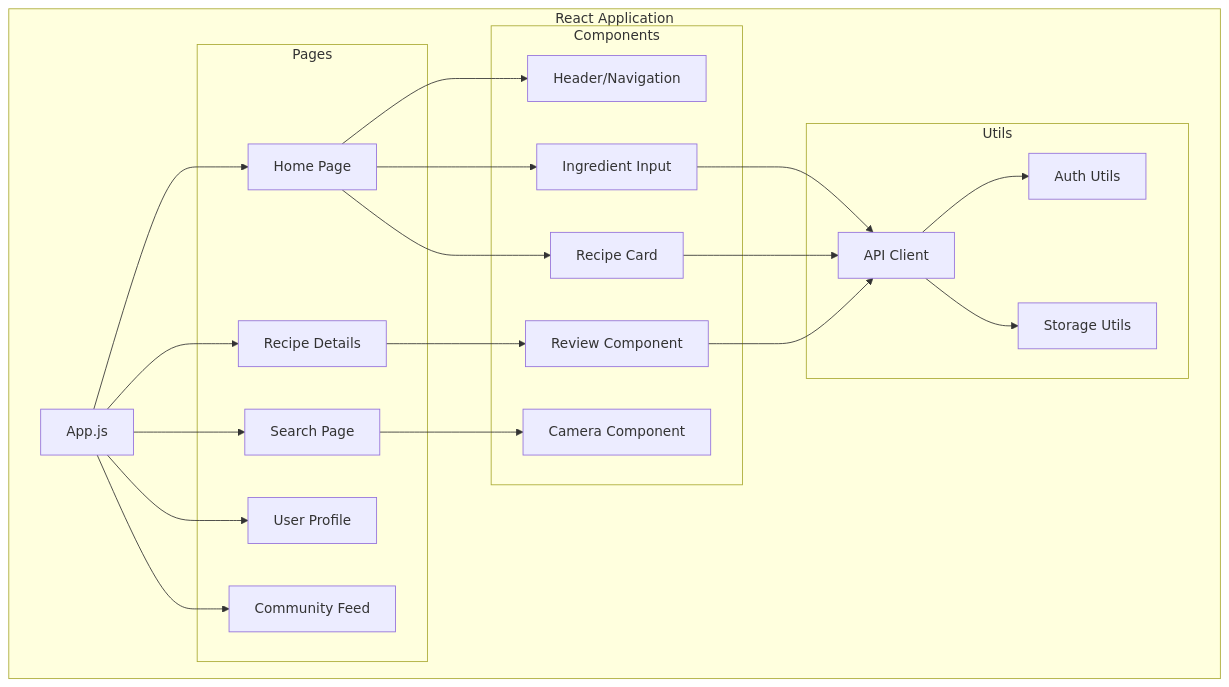
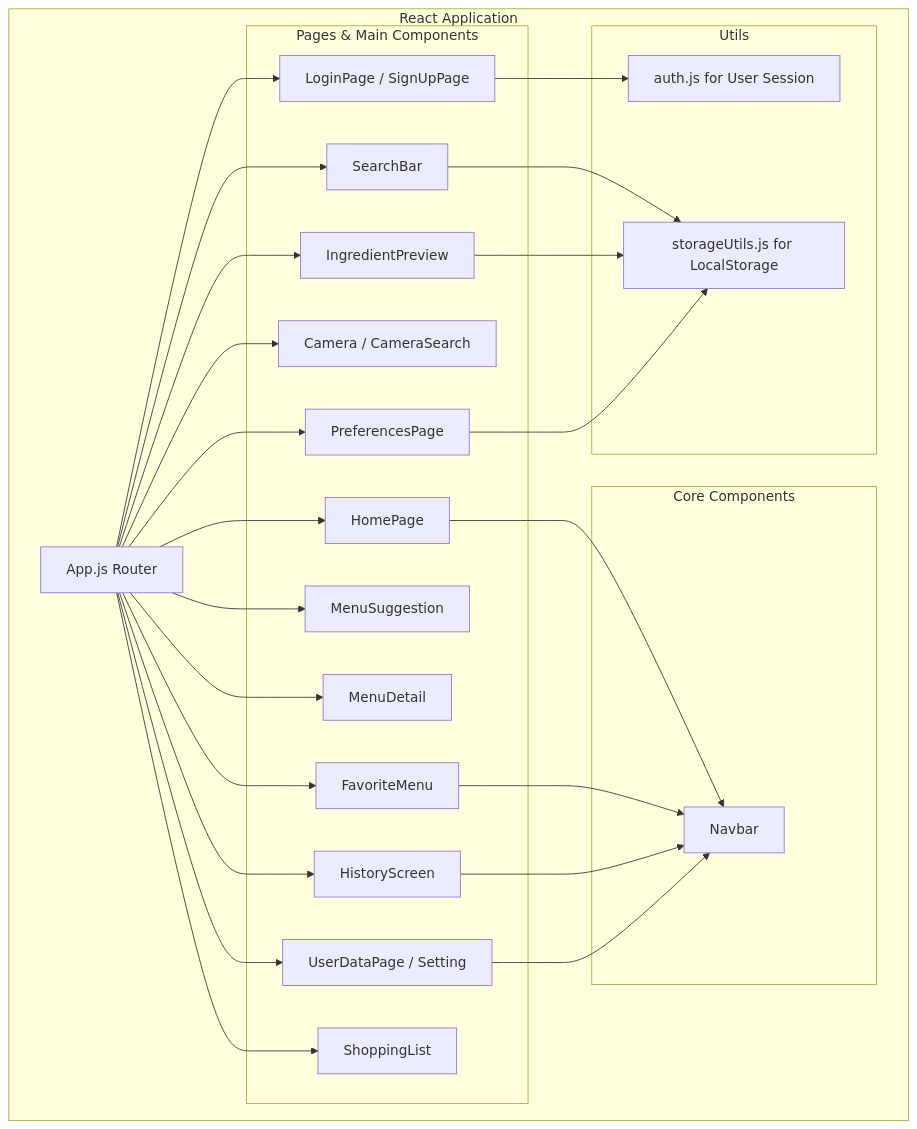
One commit to phatcharat/Sous_Cook changed the fifth of 12 diagrams in doc/diagram.md. Above: the diagram before and after it, drawn with Mermaid. The commit also changed other lines of this file and 7 other files, not shown here.

Commit message:
fix ingredient list

````diff
--- a/doc/diagram.md
+++ b/doc/diagram.md
@@ -176,48 +175,53 @@
 ```mermaid
 graph TB
     subgraph "React Application"
-        APP[App.js]
-        
-        subgraph "Pages"
-            HOME[Home Page]
-            SEARCH[Search Page]
-            RECIPE[Recipe Details]
-            PROFILE[User Profile]
-            COMMUNITY[Community Feed]
+        APP[App.js Router]
+
+        subgraph "Pages & Main Components"
+            HOME[HomePage]
+            LOGIN[LoginPage / SignUpPage]
+            SEARCH[SearchBar]
+            CAMERA[Camera / CameraSearch]
+            INGREDIENT[IngredientPreview]
+            PREFERENCES[PreferencesPage]
+            SUGGESTION[MenuSuggestion]
+            DETAIL[MenuDetail]
+            FAVORITES[FavoriteMenu]
+            HISTORY[HistoryScreen]
+            ACCOUNT[UserDataPage / Setting]
+            SHOPPING[ShoppingList]
         end
-        
-        subgraph "Components"
-            HEADER[Header/Navigation]
-            INGREDIENT[Ingredient Input]
-            RECIPECARD[Recipe Card]
-            REVIEW[Review Component]
-            CAMERA[Camera Component]
+
+        subgraph "Core Components"
+            NAVBAR[Navbar]
         end
-        
+
         subgraph "Utils"
-            API[API Client]
-            AUTH_UTIL[Auth Utils]
-            STORAGE_UTIL[Storage Utils]
+            AUTH_UTIL[auth.js for User Session]
+            STORAGE_UTIL[storageUtils.js for LocalStorage]
         end
     end
-    
+
     APP --> HOME
+    APP --> LOGIN
     APP --> SEARCH
-    APP --> RECIPE
-    APP --> PROFILE
-    APP --> COMMUNITY
-    
-    HOME --> HEADER
-    HOME --> INGREDIENT
-    HOME --> RECIPECARD
-    
-    RECIPE --> REVIEW
-    SEARCH --> CAMERA
-    
-    INGREDIENT --> API
-    RECIPECARD --> API
-    REVIEW --> API
-    
-    API --> AUTH_UTIL
-    API --> STORAGE_UTIL
+    APP --> CAMERA
+    APP --> INGREDIENT
+    APP --> PREFERENCES
+    APP --> SUGGESTION
+    APP --> DETAIL
+    APP --> FAVORITES
+    APP --> HISTORY
+    APP --> ACCOUNT
+    APP --> SHOPPING
+
+    HOME --> NAVBAR
+    FAVORITES --> NAVBAR
+    HISTORY --> NAVBAR
+    ACCOUNT --> NAVBAR
+
+    SEARCH --> STORAGE_UTIL
+    INGREDIENT --> STORAGE_UTIL
+    PREFERENCES --> STORAGE_UTIL
+    LOGIN --> AUTH_UTIL
 ```
````
